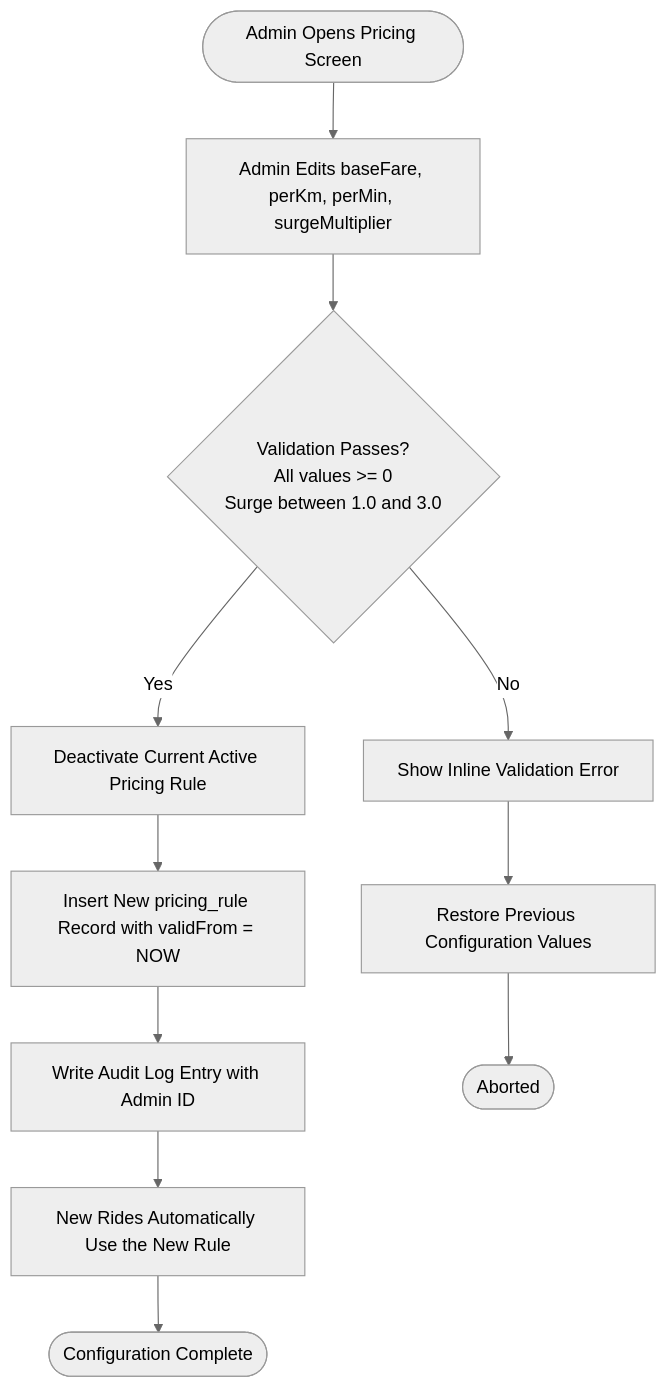
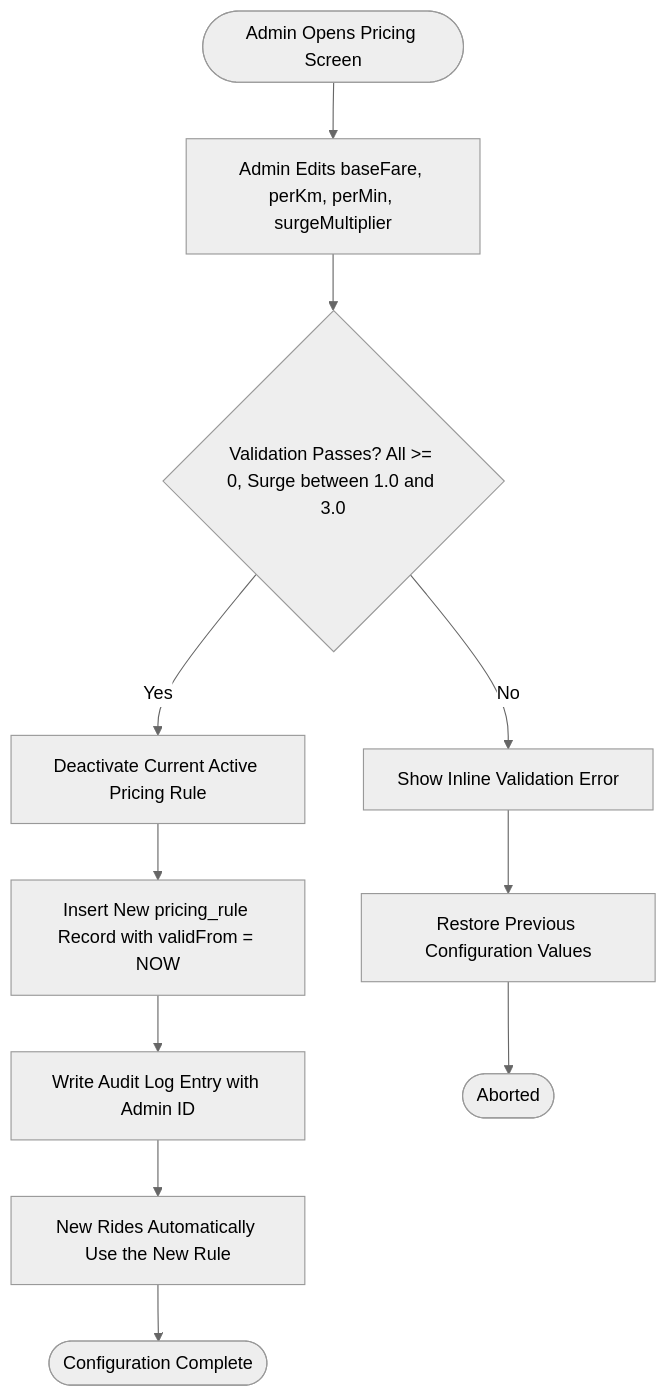
Before and after one commit to emmanueloyono-debug/ViaMe: diagram 15 of 17 in VIAME_PROJECT_SPECIFICATION.md, drawn with Mermaid (neutral theme). The commit also changed other lines of this file and 1 other file, not shown here.

Commit message:
fix(docs): resolve Mermaid ERD and flowchart parser errors on GitHub

````diff
--- a/VIAME_PROJECT_SPECIFICATION.md
+++ b/VIAME_PROJECT_SPECIFICATION.md
@@ -736,13 +736,13 @@
 ```mermaid
 flowchart TD
-    Start([Admin Opens Pricing Screen]) --> EditValues[Admin Edits baseFare, perKm, perMin, surgeMultiplier]
-    EditValues --> ValidateValues{Validation Passes?<br>All values >= 0<br>Surge between 1.0 and 3.0}
-    ValidateValues -- Yes --> DeactCurrent[Deactivate Current Active Pricing Rule]
-    DeactCurrent --> InsertNew[Insert New pricing_rule Record with validFrom = NOW]
-    InsertNew --> WriteAudit[Write Audit Log Entry with Admin ID]
-    WriteAudit --> ApplyNew[New Rides Automatically Use the New Rule]
-    ApplyNew --> StopSuccess([Configuration Complete])
-    ValidateValues -- No --> ShowError[Show Inline Validation Error]
-    ShowError --> RestoreOld[Restore Previous Configuration Values]
-    RestoreOld --> StopError([Aborted])
+    Start(["Admin Opens Pricing Screen"]) --> EditValues["Admin Edits baseFare, perKm, perMin, surgeMultiplier"]
+    EditValues --> ValidateValues{"Validation Passes? All >= 0, Surge between 1.0 and 3.0"}
+    ValidateValues -- Yes --> DeactCurrent["Deactivate Current Active Pricing Rule"]
+    DeactCurrent --> InsertNew["Insert New pricing_rule Record with validFrom = NOW"]
+    InsertNew --> WriteAudit["Write Audit Log Entry with Admin ID"]
+    WriteAudit --> ApplyNew["New Rides Automatically Use the New Rule"]
+    ApplyNew --> StopSuccess(["Configuration Complete"])
+    ValidateValues -- No --> ShowError["Show Inline Validation Error"]
+    ShowError --> RestoreOld["Restore Previous Configuration Values"]
+    RestoreOld --> StopError(["Aborted"])
 ```
````
